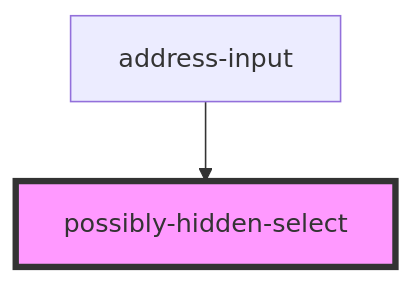
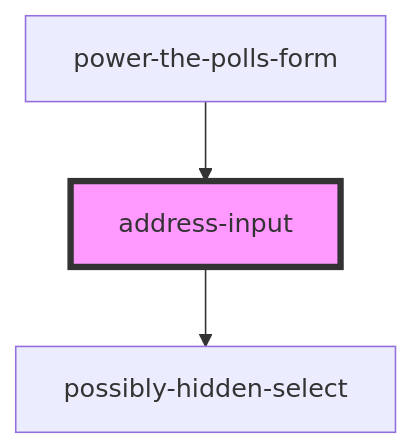
One commit to pizza-to-the-polls/power-the-polls changed the diagram in power-the-polls-form/src/components/address-input/readme.md. Above: the diagram before and after it, drawn with Mermaid. The commit also changed other lines of this file and 19 other files, not shown here.

````diff
--- a/power-the-polls-form/src/components/address-input/readme.md
+++ b/power-the-polls-form/src/components/address-input/readme.md
@@ -25,5 +19,6 @@
 ```mermaid
 graph TD;
   address-input --> possibly-hidden-select
-  style possibly-hidden-select fill:#f9f,stroke:#333,stroke-width:4px
+  power-the-polls-form --> address-input
+  style address-input fill:#f9f,stroke:#333,stroke-width:4px
 ```
````
